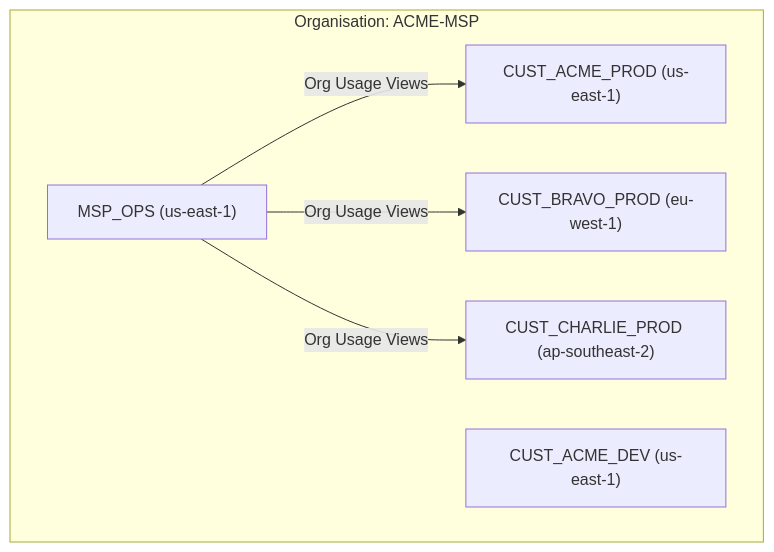
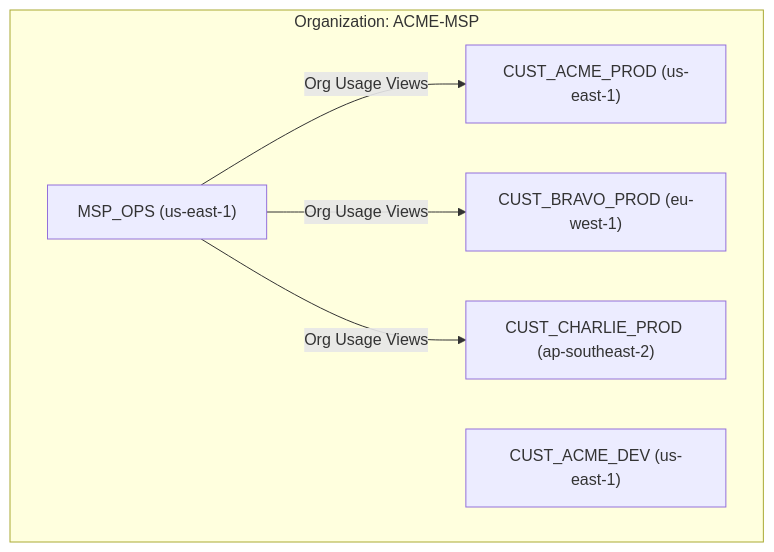
The first of 4 diagrams in guide-msp-provider/diagrams/architecture.md (sfc-gh-miwhitaker/sfe-public), drawn with Mermaid before and after one commit. The commit also changed other lines of this file and 4 other files, not shown here.

First line of the commit message:
docs: standardize terminology from "Organisation" to "Organization" across multiple documents

````diff
--- a/guide-msp-provider/diagrams/architecture.md
+++ b/guide-msp-provider/diagrams/architecture.md
@@ -5,14 +5,14 @@
 ```mermaid
 flowchart TB
-    subgraph org [Organisation: ACME-MSP]
+    subgraph org [Organization: ACME-MSP]
         OPS["MSP_OPS (us-east-1)"]
         ACME_DEV["CUST_ACME_DEV (us-east-1)"]
         ACME_PROD["CUST_ACME_PROD (us-east-1)"]
         BRAVO["CUST_BRAVO_PROD (eu-west-1)"]
         CHARLIE["CUST_CHARLIE_PROD (ap-southeast-2)"]
     end
 
     OPS -->|"Org Usage Views"| ACME_PROD
     OPS -->|"Org Usage Views"| BRAVO
     OPS -->|"Org Usage Views"| CHARLIE
 ```
````
